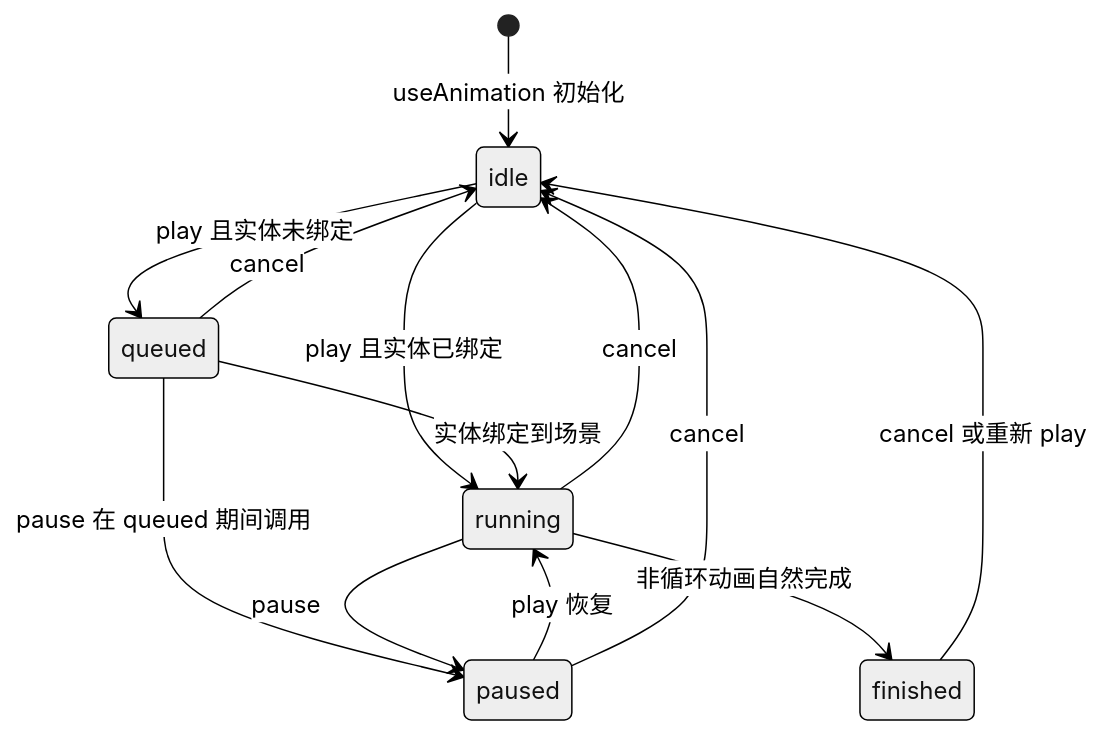
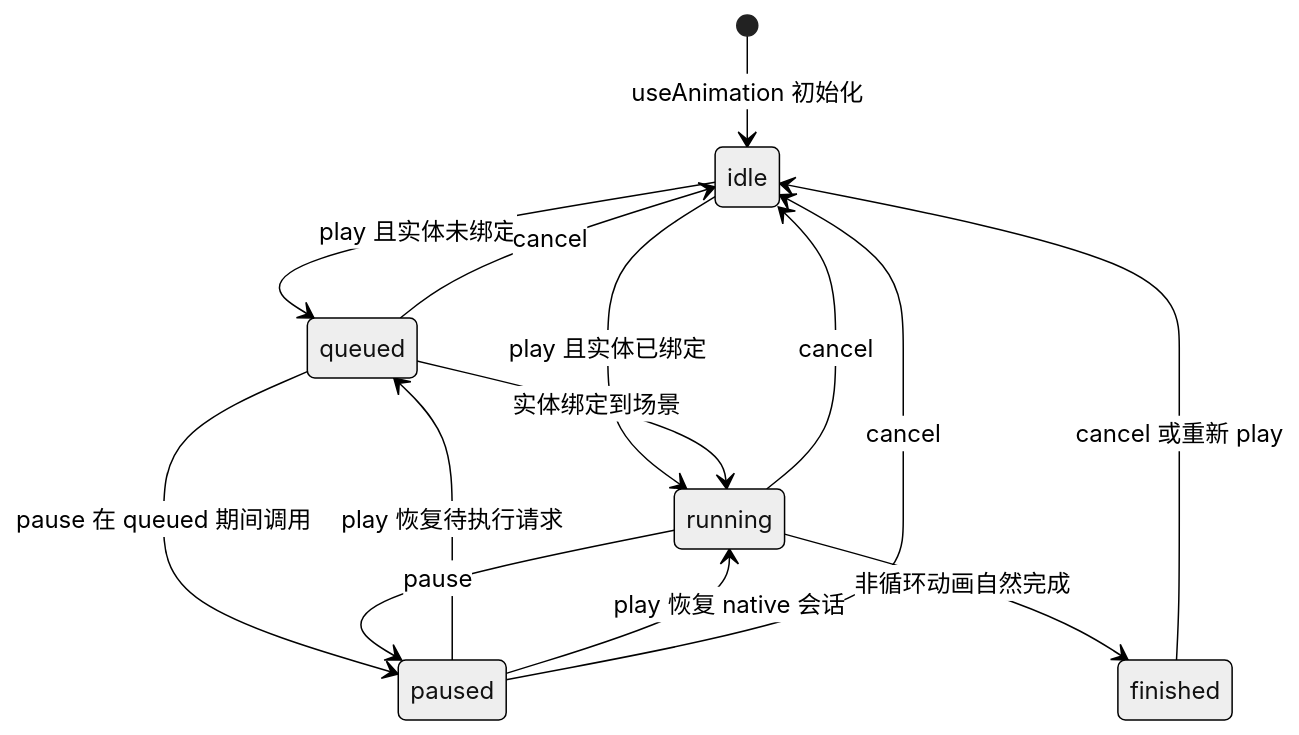
Before and after one commit to webspatial/webspatial-sdk: the first of 5 diagrams in openspec/changes/add-entity-transform-animation/design.zh.md, drawn with Mermaid (neutral theme). The commit also changed other lines of this file and 8 other files, not shown here.

````diff
--- a/openspec/changes/add-entity-transform-animation/design.zh.md
+++ b/openspec/changes/add-entity-transform-animation/design.zh.md
@@ -410,15 +410,16 @@
 ```mermaid
 stateDiagram-v2
     [*] --> idle : useAnimation 初始化
     idle --> queued : play 且实体未绑定
     idle --> running : play 且实体已绑定
     queued --> running : 实体绑定到场景
     queued --> paused : pause 在 queued 期间调用
     running --> paused : pause
     running --> finished : 非循环动画自然完成
-    paused --> running : play 恢复
+    paused --> queued : play 恢复待执行请求
+    paused --> running : play 恢复 native 会话
     finished --> idle : cancel 或重新 play
     queued --> idle : cancel
     paused --> idle : cancel
     running --> idle : cancel
 ```
````
